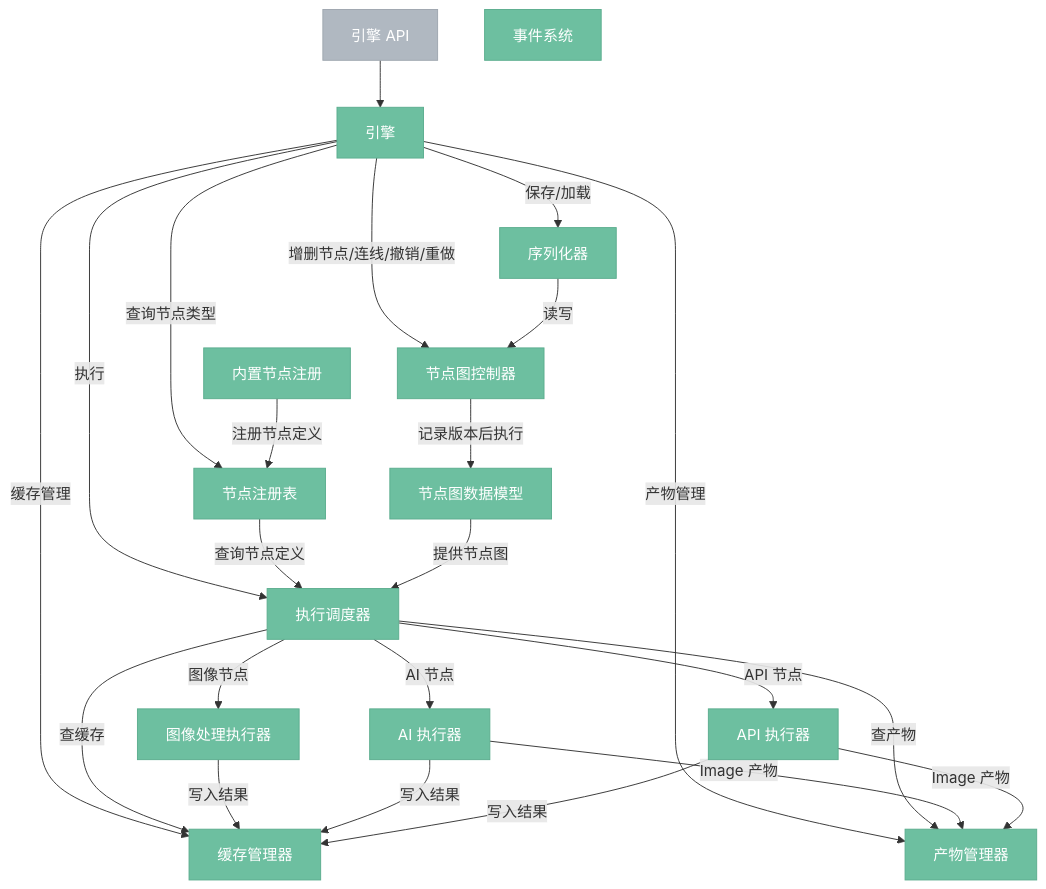
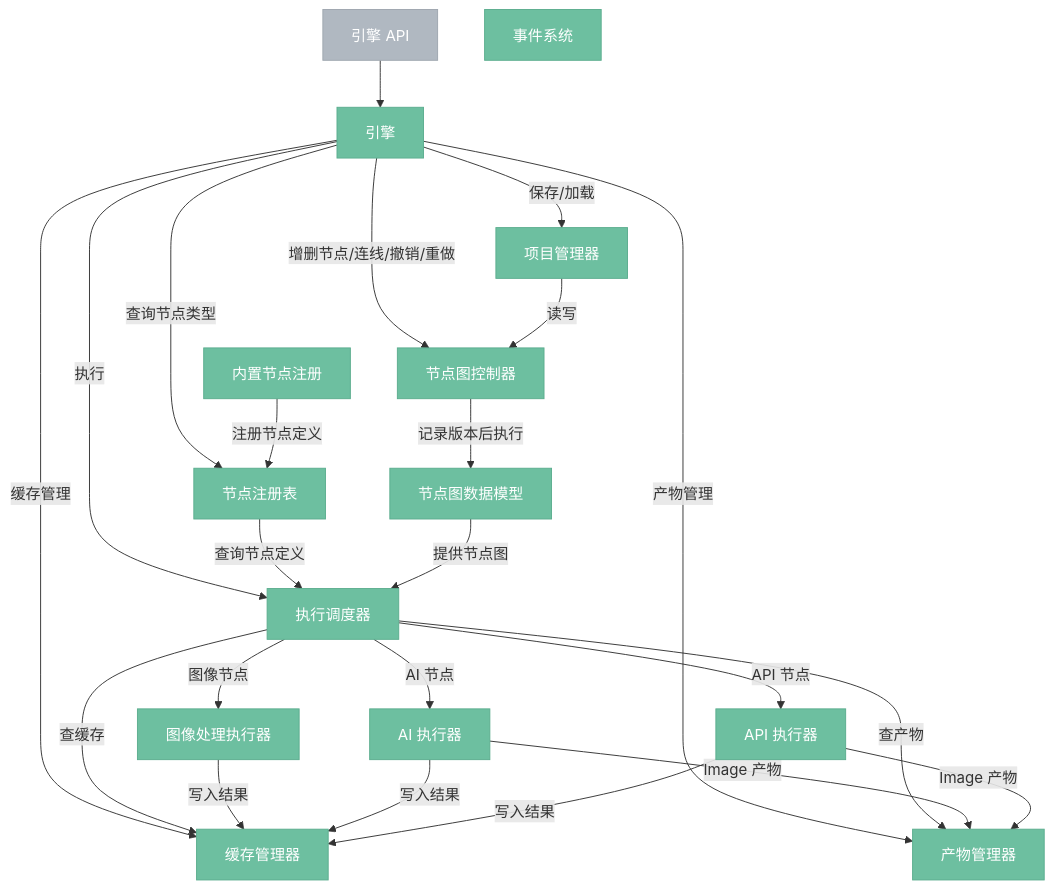
One commit to aporicho/nodeimg changed the diagram in docs/targetv3/400-engine.md. Above: the diagram before and after it, drawn with Mermaid. The commit also changed other lines of this file and 6 other files, not shown here.

````diff
--- a/docs/targetv3/400-engine.md
+++ b/docs/targetv3/400-engine.md
@@ -7,40 +7,40 @@
 ```mermaid
 %%{ init: { 'flowchart': { 'curve': 'basis' } } }%%
 flowchart TB
     classDef internal fill:#6DBFA0,stroke:#5BAD8E,color:#fff
     classDef external fill:#B0B8C1,stroke:#9EA6AF,color:#fff
 
     引擎API["引擎 API"]:::external
 
     引擎API --> 引擎["引擎"]:::internal
 
     引擎 -->|"执行"| 调度器["执行调度器"]:::internal
     引擎 -->|"增删节点/连线/撤销/重做"| 节点图控制器["节点图控制器"]:::internal
     节点图控制器 -->|"记录版本后执行"| 节点图["节点图数据模型"]:::internal
-    引擎 -->|"保存/加载"| 序列化器["序列化器"]:::internal
+    引擎 -->|"保存/加载"| 项目管理器["项目管理器"]:::internal
     引擎 -->|"查询节点类型"| 注册表["节点注册表"]:::internal
     引擎 -->|"缓存管理"| 缓存管理器["缓存管理器"]:::internal
     引擎 -->|"产物管理"| 产物管理器["产物管理器"]:::internal
 
     事件系统["事件系统"]:::internal
 
     内置节点["内置节点注册"]:::internal
     内置节点 -->|"注册节点定义"| 注册表
-    序列化器 -->|"读写"| 节点图控制器
+    项目管理器 -->|"读写"| 节点图控制器
     注册表 -->|"查询节点定义"| 调度器
     节点图 -->|"提供节点图"| 调度器
 
     调度器 -->|"查缓存"| 缓存管理器
     调度器 -->|"查产物"| 产物管理器
 
     调度器 -->|"图像节点"| 图像执行器["图像处理执行器"]:::internal
     调度器 -->|"AI 节点"| AI执行器["AI 执行器"]:::internal
     调度器 -->|"API 节点"| API执行器["API 执行器"]:::internal
 
     图像执行器 -->|"写入结果"| 缓存管理器
     AI执行器 -->|"写入结果"| 缓存管理器
     API执行器 -->|"写入结果"| 缓存管理器
 
     AI执行器 -->|"Image 产物"| 产物管理器
     API执行器 -->|"Image 产物"| 产物管理器
 ```
````
